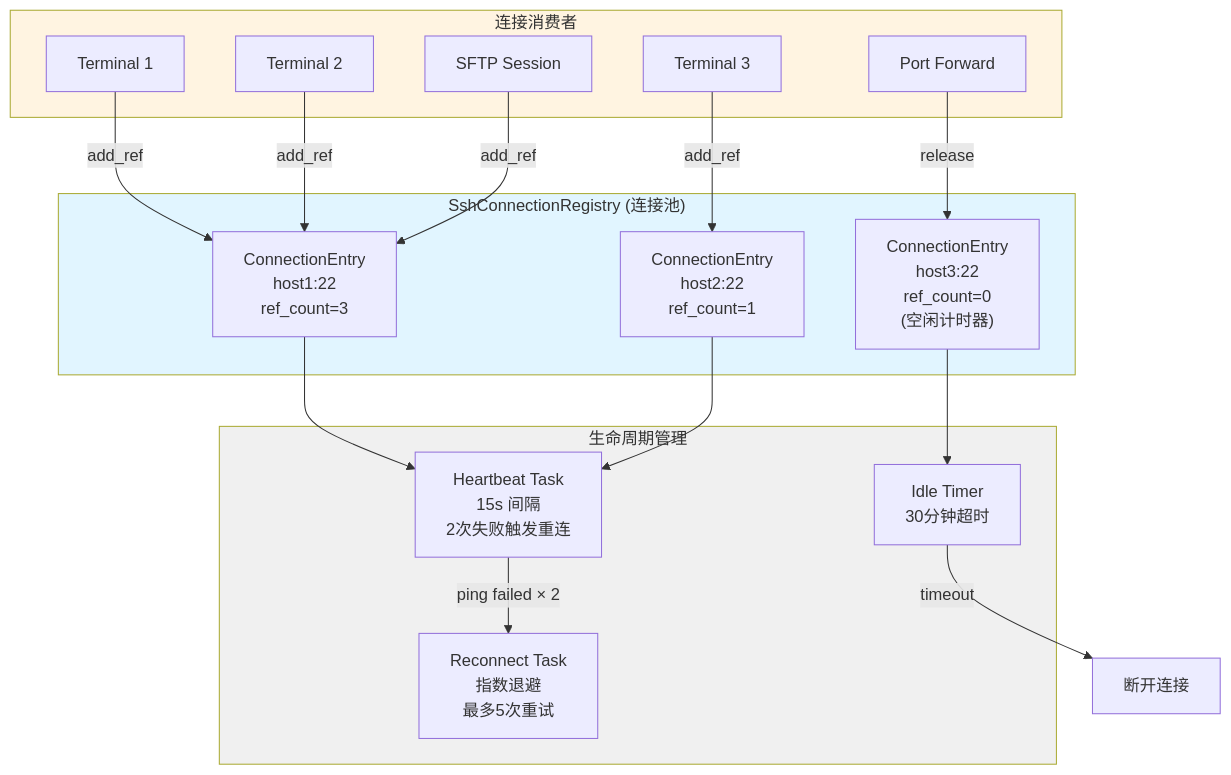
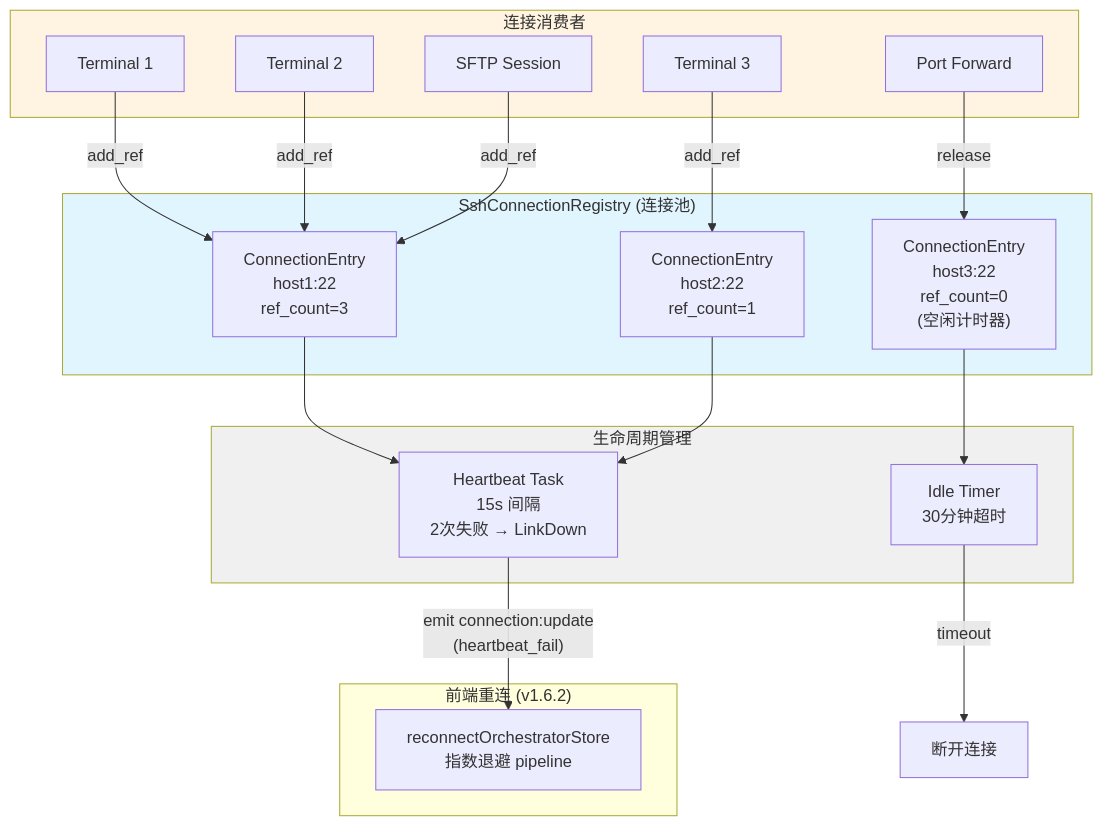
Before and after one commit to AnalyseDeCircuit/OxideTerm: diagram 13 of 19 in docs/ARCHITECTURE.md, drawn with Mermaid. The commit also changed other lines of this file and 3 other files, not shown here.

````diff
--- a/docs/ARCHITECTURE.md
+++ b/docs/ARCHITECTURE.md
@@ -1588,39 +1633,42 @@
 ```mermaid
 graph TB
     subgraph ConnectionPool["SshConnectionRegistry (连接池)"]
         Entry1["ConnectionEntry<br/>host1:22<br/>ref_count=3"]
         Entry2["ConnectionEntry<br/>host2:22<br/>ref_count=1"]
         Entry3["ConnectionEntry<br/>host3:22<br/>ref_count=0<br/>(空闲计时器)"]
     end
     
     subgraph Consumers["连接消费者"]
         T1["Terminal 1"]
         T2["Terminal 2"]
         T3["Terminal 3"]
         S1["SFTP Session"]
         F1["Port Forward"]
     end
     
     subgraph Lifecycle["生命周期管理"]
-        HB["Heartbeat Task<br/>15s 间隔<br/>2次失败触发重连"]
-        RC["Reconnect Task<br/>指数退避<br/>最多5次重试"]
+        HB["Heartbeat Task<br/>15s 间隔<br/>2次失败 → LinkDown"]
         IT["Idle Timer<br/>30分钟超时"]
     end
-    
+
+    subgraph FrontendReconnect["前端重连 (v1.6.2)"]
+        RC["reconnectOrchestratorStore<br/>指数退避 pipeline"]
+    end
+
     T1 -->|add_ref| Entry1
     T2 -->|add_ref| Entry1
     S1 -->|add_ref| Entry1
     T3 -->|add_ref| Entry2
     F1 -->|release| Entry3
-    
+
     Entry1 --> HB
     Entry2 --> HB
     Entry3 --> IT
-    
-    HB -->|ping failed × 2| RC
+
+    HB -->|"emit connection:update<br/>(heartbeat_fail)"| RC
     IT -->|timeout| Disconnect["断开连接"]
     
     style ConnectionPool fill:#e1f5ff
     style Consumers fill:#fff4e1
     style Lifecycle fill:#f0f0f0
 ```
````
